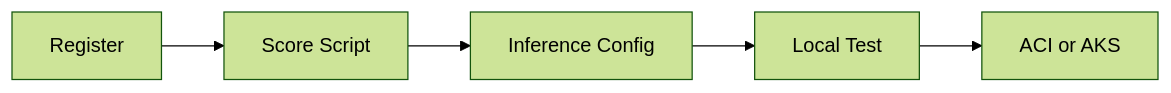
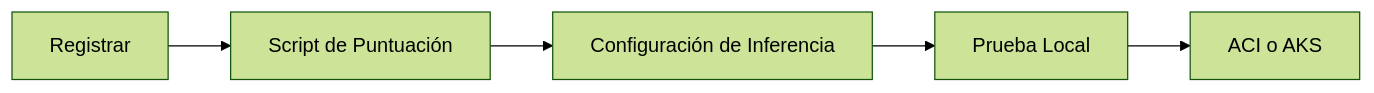
One commit to Cloud2BR-MSFTLearningHub/Azure-ML-Advanced changed the second of 2 diagrams in i18n-es/modules/deployment.md. Above: the diagram before and after it, drawn with Mermaid (forest theme). The commit also changed other lines of this file and 29 other files, not shown here.

````diff
--- a/i18n-es/modules/deployment.md
+++ b/i18n-es/modules/deployment.md
@@ -296,7 +292,7 @@
 ```mermaid
 flowchart LR
-  A[Register] --> B[Score Script]
-  B --> C[Inference Config]
-  C --> D[Local Test]
-  D --> E[ACI or AKS]
+  A[Registrar] --> B[Script de Puntuación]
+  B --> C[Configuración de Inferencia]
+  C --> D[Prueba Local]
+  D --> E[ACI o AKS]
 ```
````
